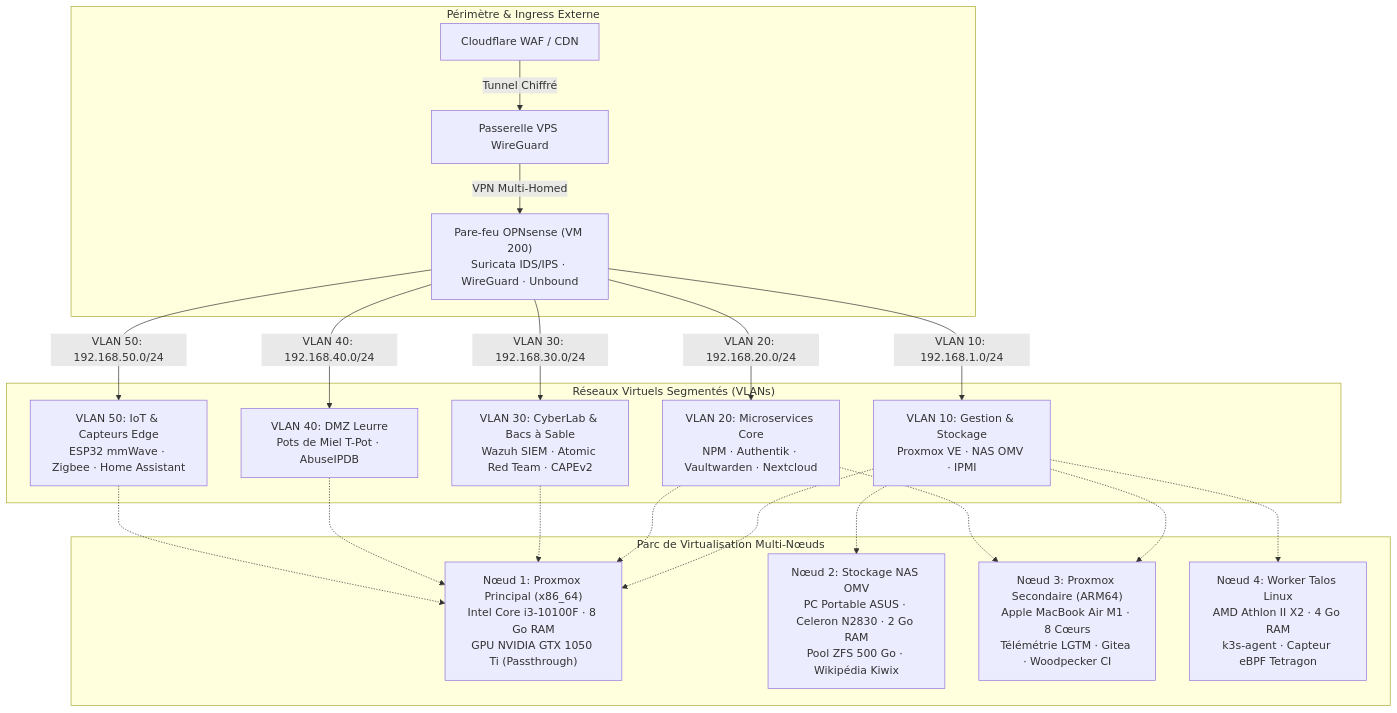
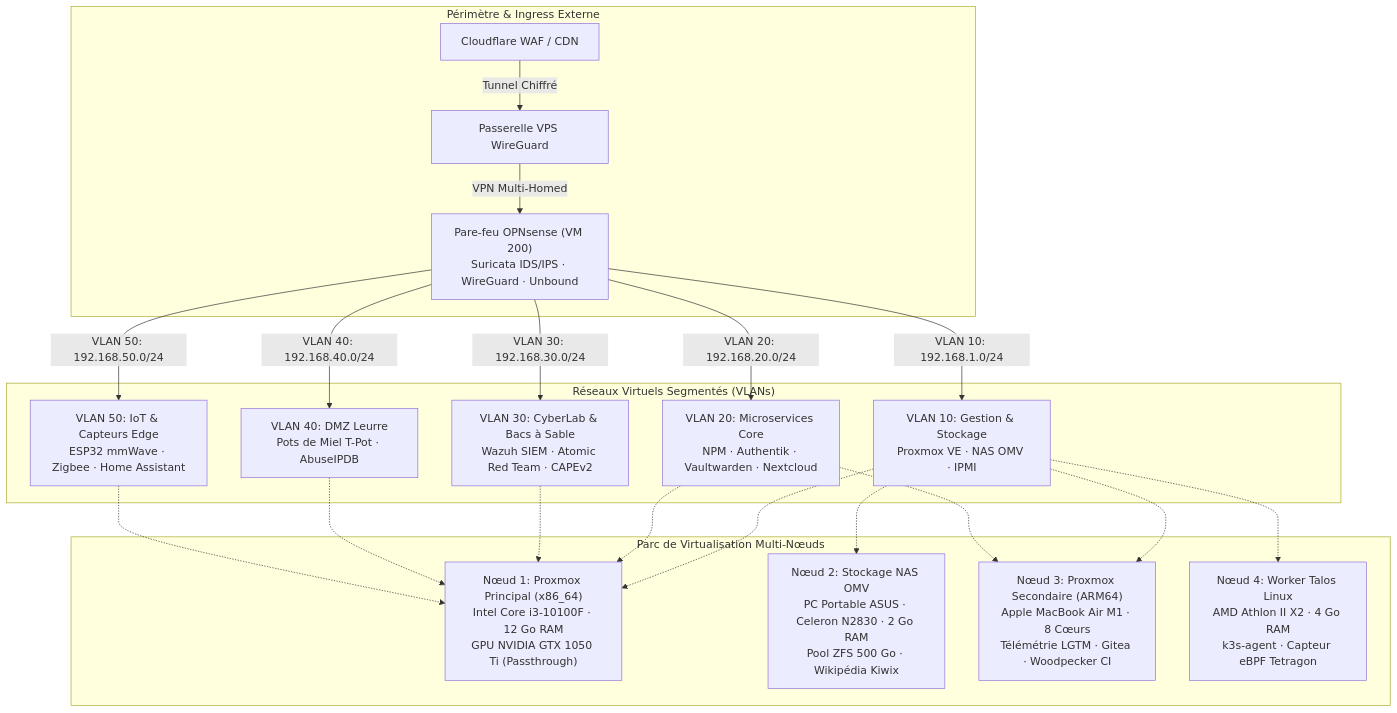
The second of 3 diagrams in README.fr.md (stefanutc1/datacenter), drawn with Mermaid before and after one commit. The commit also changed other lines of this file and 10 other files, not shown here.

Commit message:
docs(hardware): update Node 1 primary hypervisor memory from 8GB to 12GB DDR4 RAM and ZRAM to 6.0GB across all READMEs and architecture specs

````diff
--- a/README.fr.md
+++ b/README.fr.md
@@ -73,28 +73,28 @@
 ```mermaid
 flowchart TB
     subgraph WAN_Edge["Périmètre & Ingress Externe"]
         CF["Cloudflare WAF / CDN"] -->|"Tunnel Chiffré"| VPS["Passerelle VPS WireGuard"]
         VPS -->|"VPN Multi-Homed"| OPN["Pare-feu OPNsense (VM 200)<br/>Suricata IDS/IPS · WireGuard · Unbound"]
     end
 
     subgraph Network_VLANs["Réseaux Virtuels Segmentés (VLANs)"]
         OPN -->|"VLAN 10: 192.168.1.0/24"| V10["VLAN 10: Gestion & Stockage<br/>Proxmox VE · NAS OMV · IPMI"]
         OPN -->|"VLAN 20: 192.168.20.0/24"| V20["VLAN 20: Microservices Core<br/>NPM · Authentik · Vaultwarden · Nextcloud"]
         OPN -->|"VLAN 30: 192.168.30.0/24"| V30["VLAN 30: CyberLab & Bacs à Sable<br/>Wazuh SIEM · Atomic Red Team · CAPEv2"]
         OPN -->|"VLAN 40: 192.168.40.0/24"| V40["VLAN 40: DMZ Leurre<br/>Pots de Miel T-Pot · AbuseIPDB"]
         OPN -->|"VLAN 50: 192.168.50.0/24"| V50["VLAN 50: IoT & Capteurs Edge<br/>ESP32 mmWave · Zigbee · Home Assistant"]
     end
 
     subgraph Compute_Layer["Parc de Virtualisation Multi-Nœuds"]
-        Node1["Nœud 1: Proxmox Principal (x86_64)<br/>Intel Core i3-10100F · 8 Go RAM<br/>GPU NVIDIA GTX 1050 Ti (Passthrough)"]
+        Node1["Nœud 1: Proxmox Principal (x86_64)<br/>Intel Core i3-10100F · 12 Go RAM<br/>GPU NVIDIA GTX 1050 Ti (Passthrough)"]
         Node2["Nœud 2: Stockage NAS OMV<br/>PC Portable ASUS · Celeron N2830 · 2 Go RAM<br/>Pool ZFS 500 Go · Wikipédia Kiwix"]
         Node3["Nœud 3: Proxmox Secondaire (ARM64)<br/>Apple MacBook Air M1 · 8 Cœurs<br/>Télémétrie LGTM · Gitea · Woodpecker CI"]
         Node4["Nœud 4: Worker Talos Linux<br/>AMD Athlon II X2 · 4 Go RAM<br/>k3s-agent · Capteur eBPF Tetragon"]
     end
 
     V10 -.-> Node1 & Node2 & Node3 & Node4
     V20 -.-> Node1 & Node3
     V30 -.-> Node1
     V40 -.-> Node1
     V50 -.-> Node1
 ```
````
